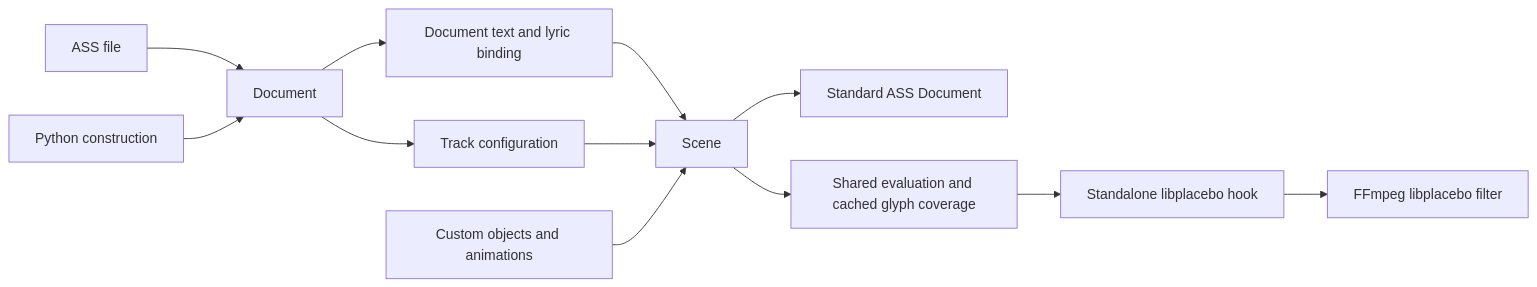
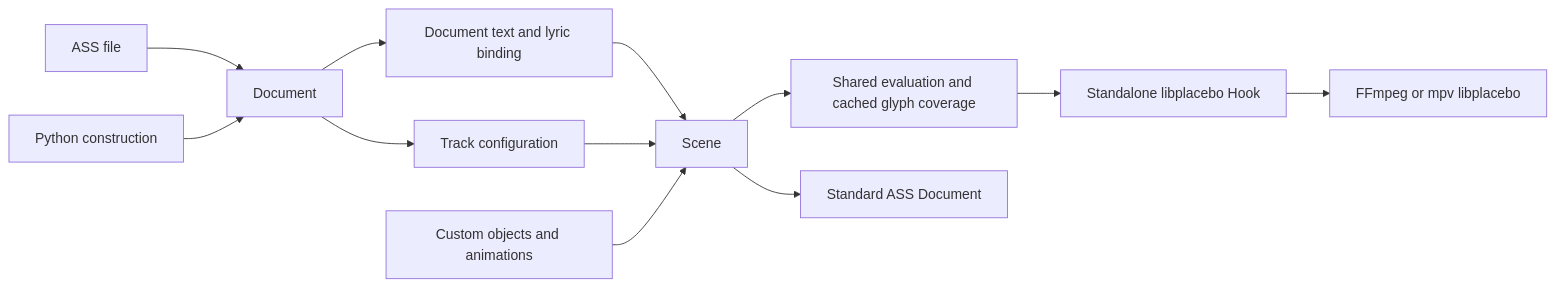
One commit to sitiyou/python-kara-templater changed the diagram in docs/contributing/architecture.md. Above: the diagram before and after it, drawn with Mermaid. The commit also changed other lines of this file and 129 other files, not shown here.

````diff
--- a/docs/contributing/architecture.md
+++ b/docs/contributing/architecture.md
@@ -3,14 +7,14 @@
 ```mermaid
 flowchart LR
-    A[ASS file] --> D[Document]
-    P[Python construction] --> D
-    D --> L[Document text and lyric binding]
-    D --> T[Track configuration]
-    L --> S[Scene]
+    A["ASS file"] --> D["Document"]
+    P["Python construction"] --> D
+    D --> L["Document text and lyric binding"]
+    D --> T["Track configuration"]
+    L --> S["Scene"]
     T --> S
-    C[Custom objects and animations] --> S
-    S --> O[Standard ASS Document]
-    S --> G[Shared evaluation and cached glyph coverage]
-    G --> EGPU[Standalone libplacebo hook]
-    EGPU --> R[FFmpeg libplacebo filter]
+    C["Custom objects and animations"] --> S
+    S --> G["Shared evaluation and cached glyph coverage"]
+    G --> H["Standalone libplacebo Hook"]
+    H --> R["FFmpeg or mpv libplacebo"]
+    S --> O["Standard ASS Document"]
 ```
````
